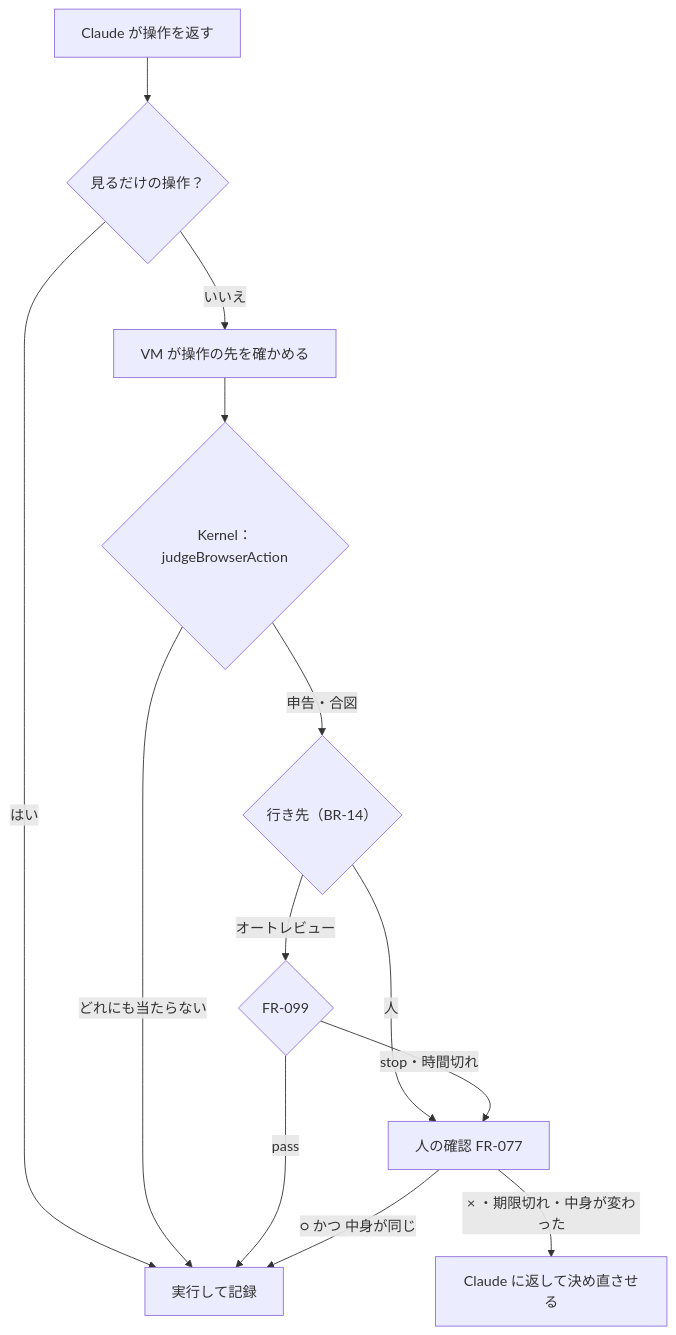
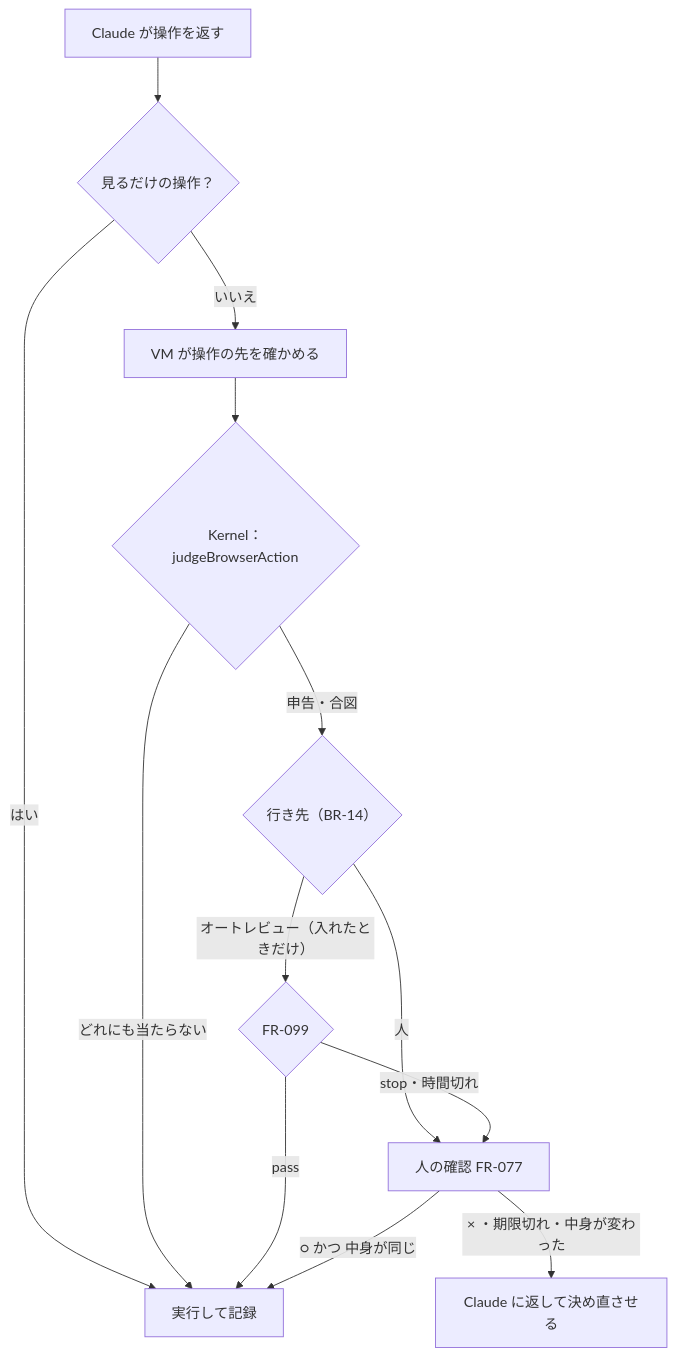
Before and after one commit to itiwoja/agent-team: the diagram in docs/design/04_functional_spec/vm.md, drawn with Mermaid. The commit also changed other lines of this file and 39 other files, not shown here.

````diff
--- a/docs/design/04_functional_spec/vm.md
+++ b/docs/design/04_functional_spec/vm.md
@@ -10,15 +10,15 @@
 ```mermaid
 flowchart TD
  S["Claude が操作を返す"] --> K{"見るだけの操作？"}
  K -->|"はい"| RUN["実行して記録"]
  K -->|"いいえ"| INS["VM が操作の先を確かめる"]
  INS --> J{"Kernel：judgeBrowserAction"}
  J -->|"どれにも当たらない"| RUN
  J -->|"申告・合図"| R{"行き先（BR-14）"}
  R -->|"人"| CHK["人の確認 FR-077"]
- R -->|"オートレビュー"| AR{"FR-099"}
+ R -->|"オートレビュー（入れたときだけ）"| AR{"FR-099"}
  AR -->|"pass"| RUN
  AR -->|"stop・時間切れ"| CHK
  CHK -->|"○ かつ 中身が同じ"| RUN
  CHK -->|"× ・期限切れ・中身が変わった"| BACK["Claude に返して決め直させる"]
 ```
````
